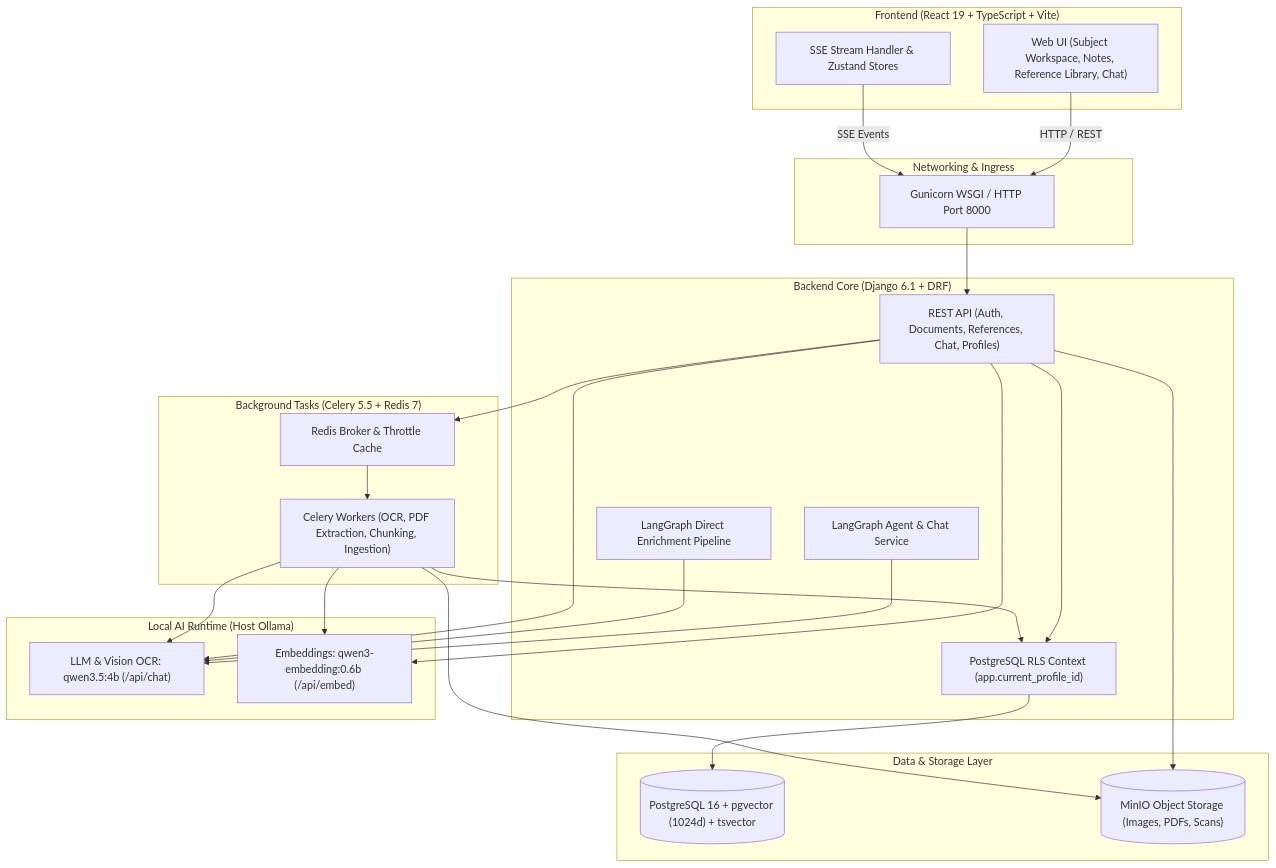
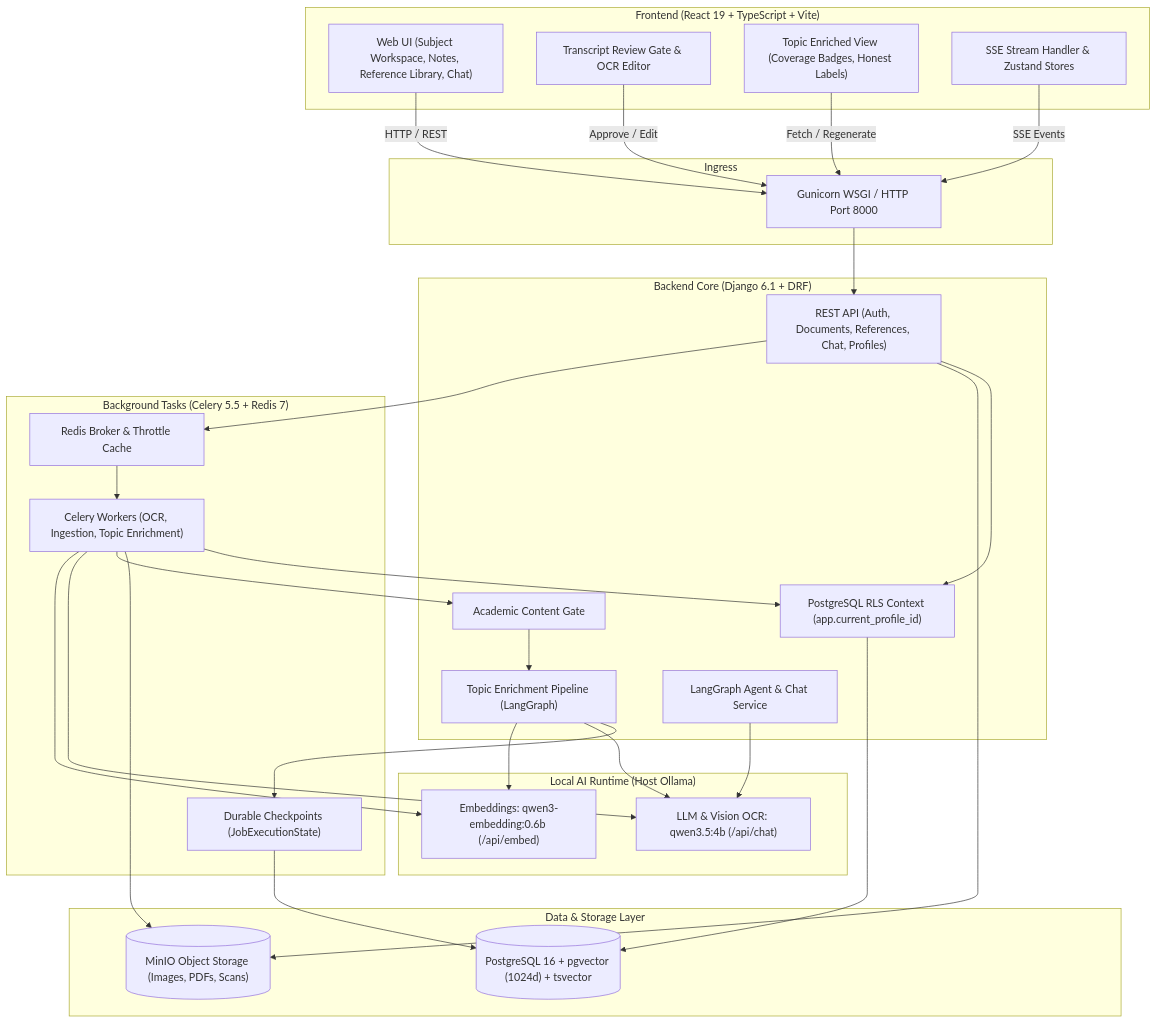
Before and after one commit to yashkmr53/StudyAI: the diagram in README.md, drawn with Mermaid. The commit also changed other lines of this file, not shown here.

````diff
--- a/README.md
+++ b/README.md
@@ -78,50 +115,59 @@
 ```mermaid
 flowchart TD
     subgraph Client ["Frontend (React 19 + TypeScript + Vite)"]
         UI["Web UI (Subject Workspace, Notes, Reference Library, Chat)"]
+        ReviewGate["Transcript Review Gate & OCR Editor"]
+        EnrichedView["Topic Enriched View (Coverage Badges, Honest Labels)"]
         SSE["SSE Stream Handler & Zustand Stores"]
     end
 
-    subgraph ReverseProxy ["Networking & Ingress"]
+    subgraph ReverseProxy ["Ingress"]
         GW["Gunicorn WSGI / HTTP Port 8000"]
     end
 
     subgraph Backend ["Backend Core (Django 6.1 + DRF)"]
         API["REST API (Auth, Documents, References, Chat, Profiles)"]
         RLS["PostgreSQL RLS Context (app.current_profile_id)"]
+        ContentGate["Academic Content Gate"]
+        EnrichGraph["Topic Enrichment Pipeline (LangGraph)"]
         Agent["LangGraph Agent & Chat Service"]
-        EnrichGraph["LangGraph Direct Enrichment Pipeline"]
     end
 
     subgraph AsyncWorker ["Background Tasks (Celery 5.5 + Redis 7)"]
         RedisQueue["Redis Broker & Throttle Cache"]
-        Worker["Celery Workers (OCR, PDF Extraction, Chunking, Ingestion)"]
+        Worker["Celery Workers (OCR, Ingestion, Topic Enrichment)"]
+        JobState["Durable Checkpoints (JobExecutionState)"]
     end
 
     subgraph AIHost ["Local AI Runtime (Host Ollama)"]
         OLLAMA_LLM["LLM & Vision OCR: qwen3.5:4b (/api/chat)"]
         OLLAMA_EMB["Embeddings: qwen3-embedding:0.6b (/api/embed)"]
     end
 
     subgraph Storage ["Data & Storage Layer"]
         PG[("PostgreSQL 16 + pgvector (1024d) + tsvector")]
         MinIO[("MinIO Object Storage (Images, PDFs, Scans)")]
     end
 
     UI -->|HTTP / REST| GW
+    ReviewGate -->|Approve / Edit| GW
+    EnrichedView -->|Fetch / Regenerate| GW
     SSE -->|SSE Events| GW
     GW --> API
     API --> RLS
     RLS --> PG
     API --> MinIO
     API --> RedisQueue
     RedisQueue --> Worker
     Worker --> RLS
     Worker --> MinIO
+    Worker --> ContentGate
+    ContentGate --> EnrichGraph
+    EnrichGraph --> JobState
+    JobState --> PG
+    EnrichGraph --> OLLAMA_LLM
+    EnrichGraph --> OLLAMA_EMB
+    Agent --> OLLAMA_LLM
     Worker --> OLLAMA_LLM
     Worker --> OLLAMA_EMB
-    Agent --> OLLAMA_LLM
-    EnrichGraph --> OLLAMA_LLM
-    API --> OLLAMA_EMB
-    API --> OLLAMA_LLM
 ```
````
